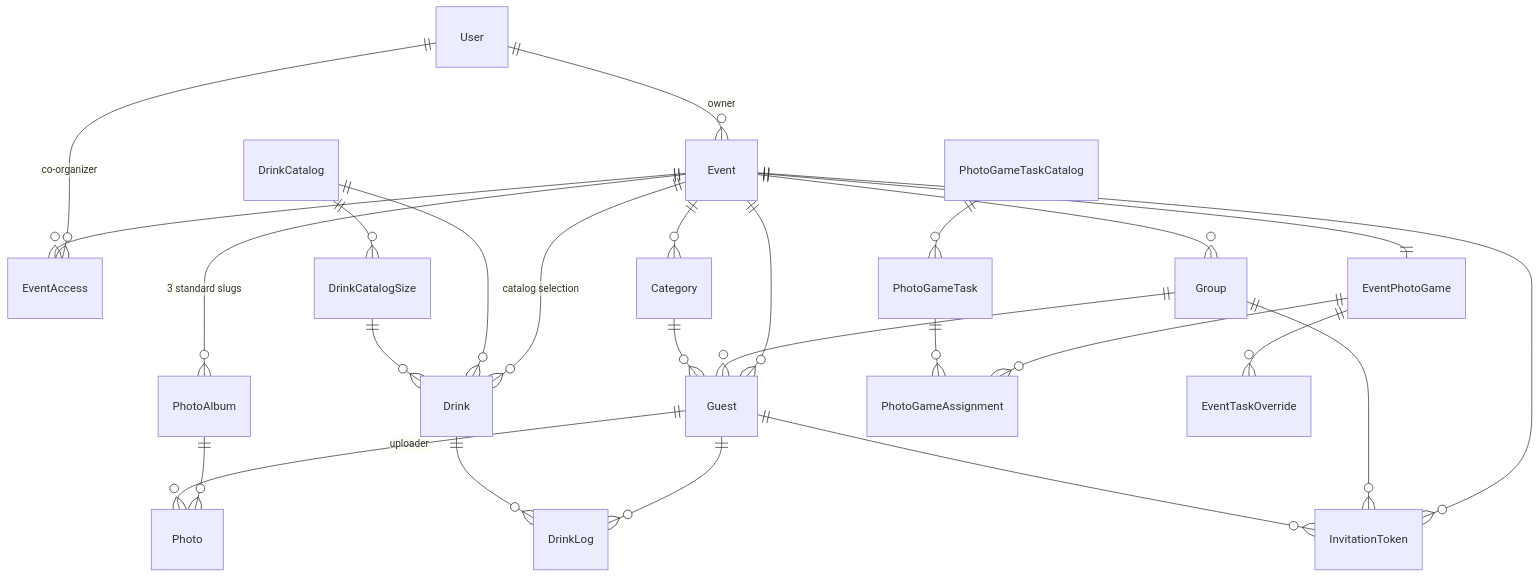
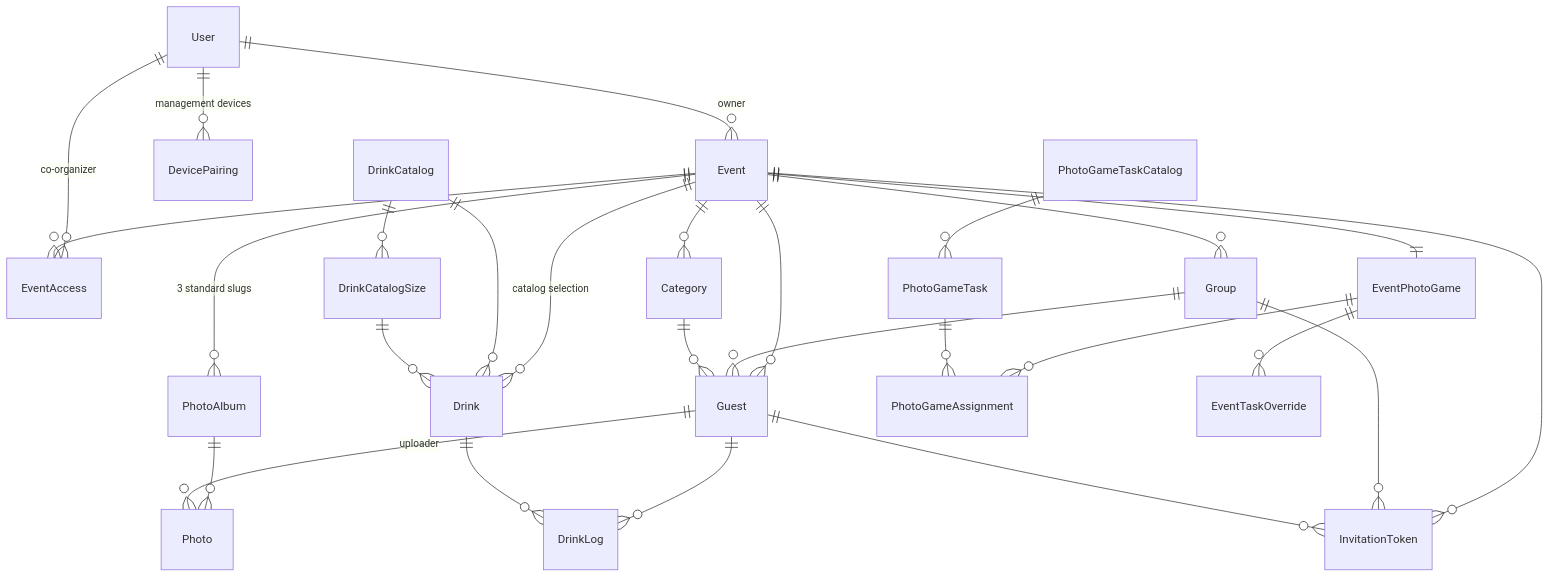
The diagram in docs/ARCHITECTURE.md (AHommrich/eventplaner), drawn with Mermaid before and after one commit. The commit also changed other lines of this file and 68 other files, not shown here.

````diff
--- a/docs/ARCHITECTURE.md
+++ b/docs/ARCHITECTURE.md
@@ -13,33 +13,34 @@
 ```mermaid
 erDiagram
     User ||--o{ Event : "owner"
     User ||--o{ EventAccess : "co-organizer"
+    User ||--o{ DevicePairing : "management devices"
     Event ||--o{ EventAccess : ""
 
     Event ||--o{ Guest : ""
     Event ||--o{ Group : ""
     Event ||--o{ Category : ""
     Group ||--o{ Guest : ""
     Category ||--o{ Guest : ""
 
     Event ||--o{ PhotoAlbum : "3 standard slugs"
     PhotoAlbum ||--o{ Photo : ""
     Guest ||--o{ Photo : "uploader"
 
     Event ||--o{ Drink : "catalog selection"
     DrinkCatalog ||--o{ DrinkCatalogSize : ""
     DrinkCatalog ||--o{ Drink : ""
     DrinkCatalogSize ||--o{ Drink : ""
     Guest ||--o{ DrinkLog : ""
     Drink ||--o{ DrinkLog : ""
 
     Event ||--|| EventPhotoGame : ""
     PhotoGameTaskCatalog ||--o{ PhotoGameTask : ""
     EventPhotoGame ||--o{ PhotoGameAssignment : ""
     PhotoGameTask ||--o{ PhotoGameAssignment : ""
     EventPhotoGame ||--o{ EventTaskOverride : ""
 
     Event ||--o{ InvitationToken : ""
     Group ||--o{ InvitationToken : ""
     Guest ||--o{ InvitationToken : ""
 ```
````
